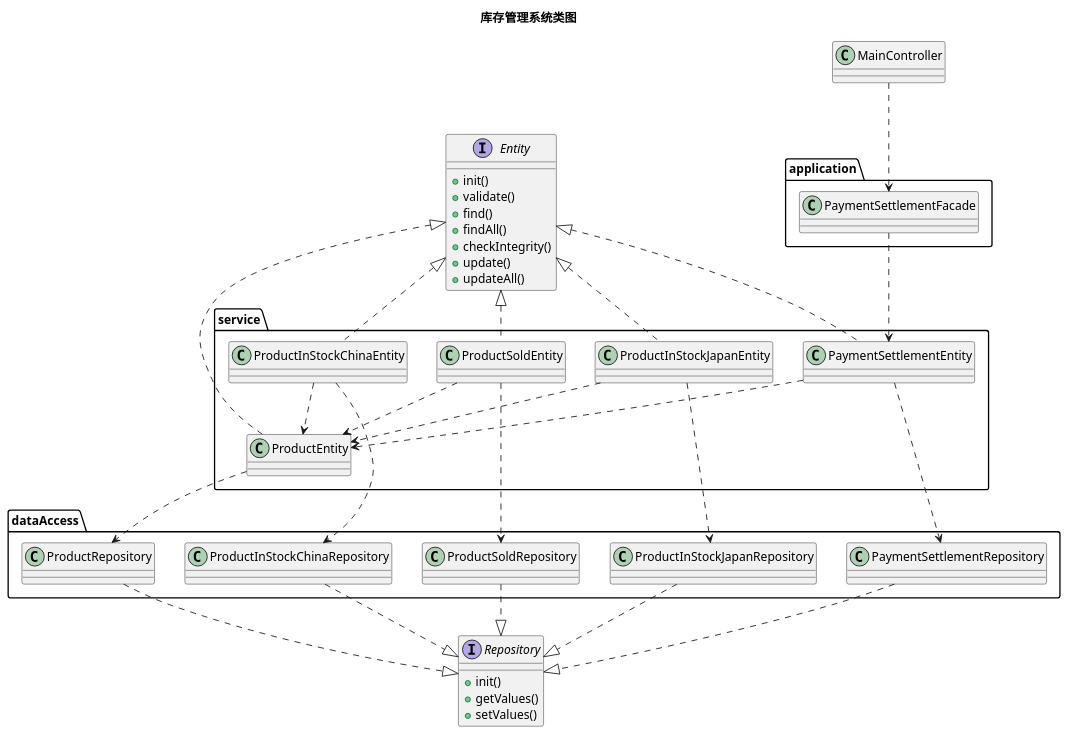
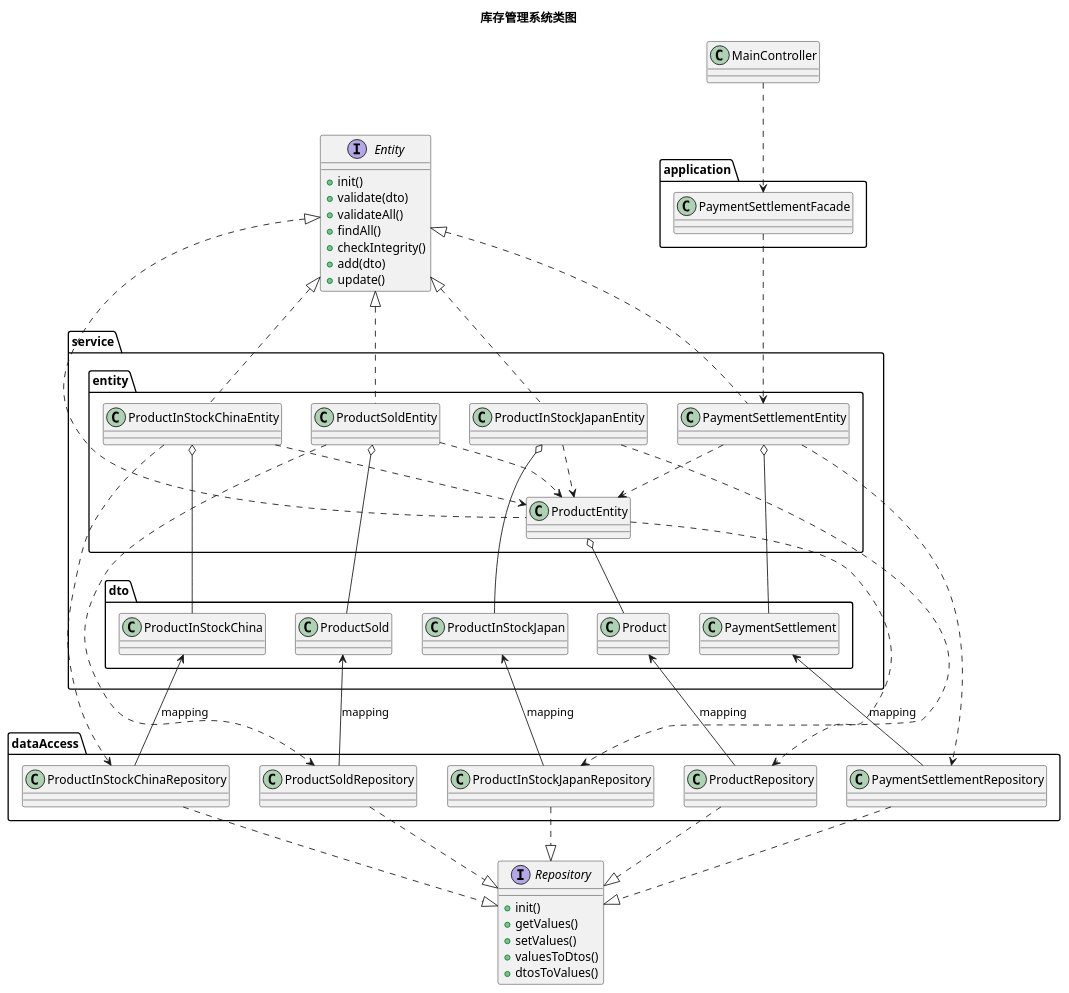
The diagram in desginDoc/resource/image/class.pu (coolboy0961/inventory-control), drawn with PlantUML before and after one commit. The commit also changed 6 other files, not shown here.

Commit message:
On branch develop [add]add class diagram,add source

```diff
--- a/desginDoc/resource/image/class.pu
+++ b/desginDoc/resource/image/class.pu
@@ -1,63 +1,87 @@
 @startuml
 title 库存管理系统类图
 
   interface Entity{
     + init()
-    + validate()
-    + find()
+    + validate(dto)
+    + validateAll()
     + findAll()
     + checkIntegrity()
+    + add(dto)
     + update()
-    + updateAll()
   }
   interface Repository{
     + init()
     + getValues()
     + setValues()
+    + valuesToDtos()
+    + dtosToValues()
   }
 
 class MainController
 
 package application{
   class PaymentSettlementFacade
 }
 package dataAccess{
   class ProductRepository
   class ProductInStockJapanRepository
   class ProductInStockChinaRepository
   class ProductSoldRepository
   class PaymentSettlementRepository
 }
 package service{
-  class ProductEntity
-  class ProductInStockJapanEntity
-  class ProductInStockChinaEntity
-  class ProductSoldEntity
-  class PaymentSettlementEntity
+  package entity{
+    class ProductEntity
+    class ProductInStockJapanEntity
+    class ProductInStockChinaEntity
+    class ProductSoldEntity
+    class PaymentSettlementEntity
+  }
+  package dto{
+    class Product
+    class ProductInStockJapan
+    class ProductInStockChina
+    class ProductSold
+    class PaymentSettlement
+  }
+
 }
 
 ProductEntity -.up|> Entity
 ProductInStockJapanEntity -.up|> Entity
 ProductInStockChinaEntity -.up|> Entity
 ProductSoldEntity -.up|> Entity
 PaymentSettlementEntity -.up|> Entity
 
 ProductRepository -.|> Repository
 ProductInStockJapanRepository -.|> Repository
 ProductInStockChinaRepository -.|> Repository
 ProductSoldRepository -.|> Repository
 PaymentSettlementRepository -.|> Repository
 
 MainController -.> PaymentSettlementFacade
 PaymentSettlementFacade -.> PaymentSettlementEntity
 PaymentSettlementEntity -.> PaymentSettlementRepository
 PaymentSettlementEntity -.> ProductEntity
 ProductEntity -.> ProductRepository
 ProductInStockJapanEntity -.> ProductInStockJapanRepository
 ProductInStockJapanEntity -.> ProductEntity
 ProductInStockChinaEntity -.> ProductInStockChinaRepository
 ProductInStockChinaEntity -.> ProductEntity
 ProductSoldEntity -.> ProductSoldRepository
 ProductSoldEntity -.> ProductEntity
+ProductEntity o-- Product
+ProductInStockJapanEntity o-- ProductInStockJapan
+ProductInStockChinaEntity o-- ProductInStockChina
+ProductSoldEntity o-- ProductSold
+PaymentSettlementEntity o-- PaymentSettlement
+
+ProductRepository --up> Product : mapping
+ProductInStockJapanRepository --up> ProductInStockJapan : mapping
+ProductInStockChinaRepository --up> ProductInStockChina : mapping
+ProductSoldRepository --up> ProductSold : mapping
+PaymentSettlementRepository --up> PaymentSettlement : mapping
+
 
 @enduml
```
